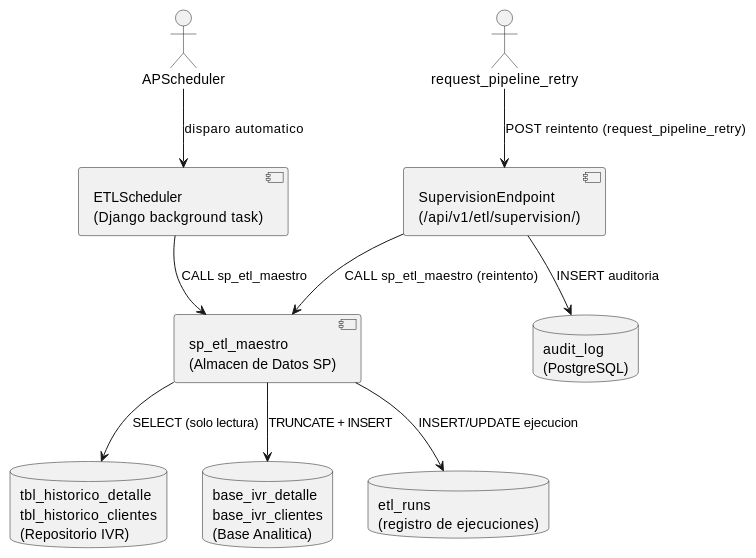
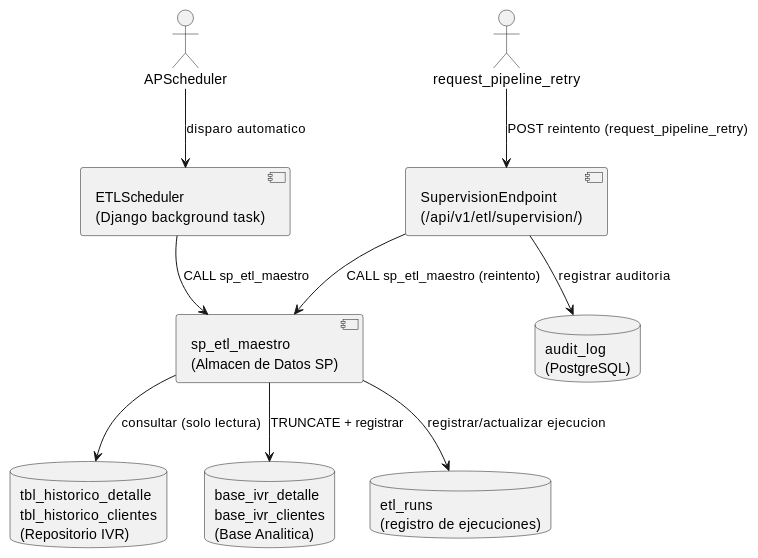
Before and after one commit to jcg-admin/IACT-docs: the diagram in source/arquitectura-tecnica/modulos/etl-monitoring/diagramas/componentes-mod-pipeline.rst, drawn with PlantUML. The commit also changed 48 other files, not shown here.

```diff
--- a/source/arquitectura-tecnica/modulos/etl-monitoring/diagramas/componentes-mod-pipeline.rst
+++ b/source/arquitectura-tecnica/modulos/etl-monitoring/diagramas/componentes-mod-pipeline.rst
@@ -22,27 +22,27 @@
 .. uml::
  :caption: Componentes de MOD_Pipeline y sus dependencias de datos.
 
  @startuml
 
  actor "APScheduler" as Apscheduler
  actor "request_pipeline_retry" as request_pipeline_retry
 
  component "sp_etl_maestro\n(Almacen de Datos SP)" as ETL_SP
  component "SupervisionEndpoint\n(/api/v1/etl/supervision/)" as Supervisionendpoint
  component "ETLScheduler\n(Django background task)" as SCHED
 
  database "tbl_historico_detalle\ntbl_historico_clientes\n(Repositorio IVR)" as HIST
  database "base_ivr_detalle\nbase_ivr_clientes\n(Base Analitica)" as ANAL
  database "etl_runs\n(registro de ejecuciones)" as RUNS
  database "audit_log\n(PostgreSQL)" as AUDIT
 
  Apscheduler --> SCHED : disparo automatico
  request_pipeline_retry --> Supervisionendpoint : POST reintento (request_pipeline_retry)
  SCHED --> ETL_SP : CALL sp_etl_maestro
  Supervisionendpoint --> ETL_SP : CALL sp_etl_maestro (reintento)
- ETL_SP --> HIST : SELECT (solo lectura)
- ETL_SP --> ANAL : TRUNCATE + INSERT
- ETL_SP --> RUNS : INSERT/UPDATE ejecucion
- Supervisionendpoint --> AUDIT : INSERT auditoria
+ ETL_SP --> HIST : consultar (solo lectura)
+ ETL_SP --> ANAL : TRUNCATE + registrar
+ ETL_SP --> RUNS : registrar/actualizar ejecucion
+ Supervisionendpoint --> AUDIT : registrar auditoria
 
  @enduml
```
